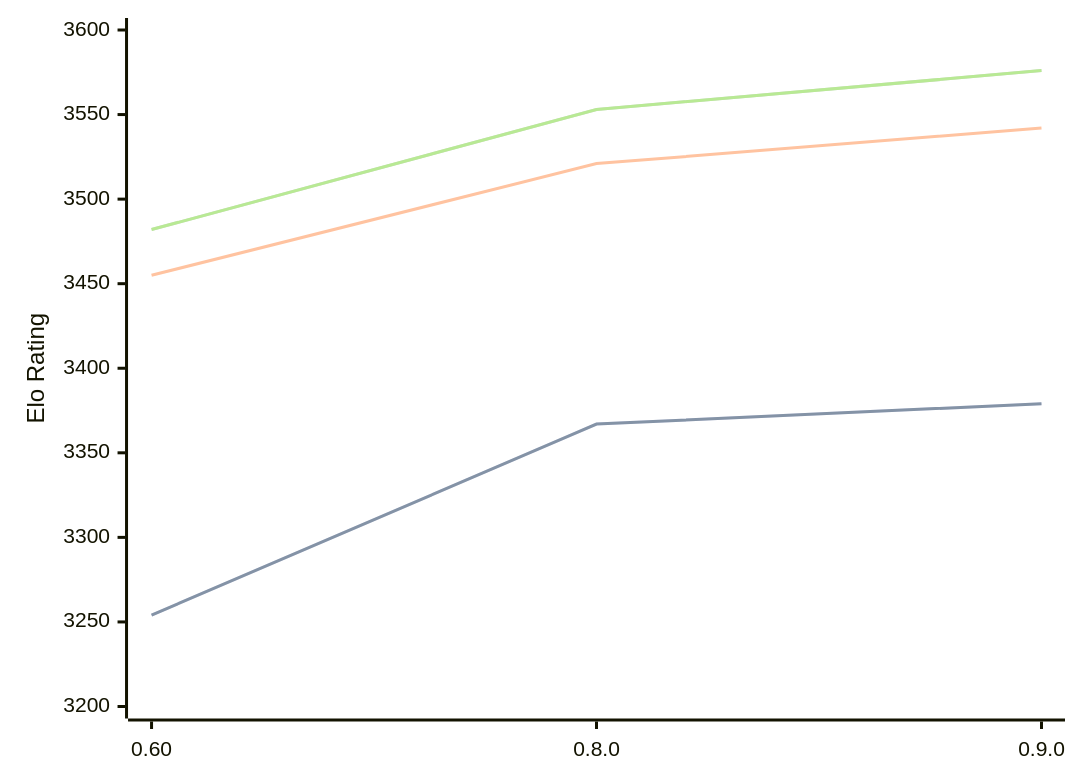
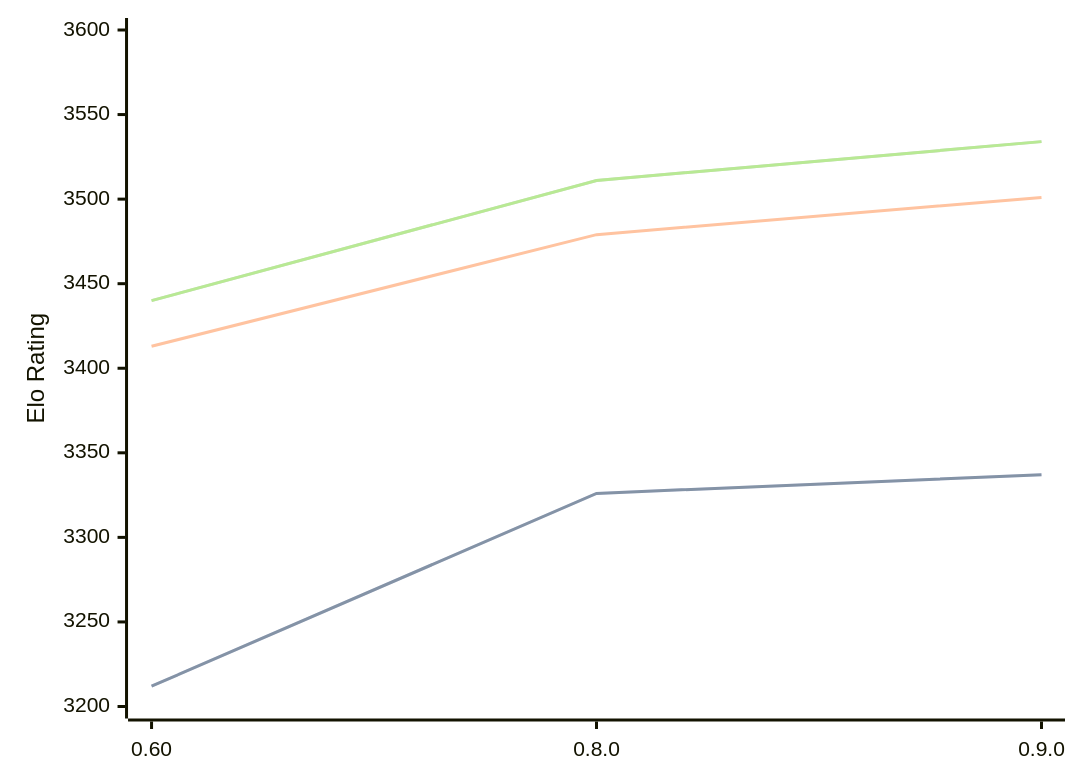
The diagram in engines/Motor.md (computer-chess-index/cci), drawn with Mermaid before and after one commit. The commit also changed other lines of this file, not shown here.

Commit message:
Update CCI Ratings (ELO VLTC) - 2026-05-19

````diff
--- a/engines/Motor.md
+++ b/engines/Motor.md
@@ -39,11 +39,11 @@
 ```mermaid
 %%{init: {"theme":"base","themeVariables":{"seriesColors:['#a3a3a3','#222221','#faa371']}}}%%
 xychart-beta
   x-axis ["0.60", "0.8.0", "0.9.0"]
   y-axis "Elo Rating" 3200 --> 3600
-  line "STC (8.0+0.08s)" [3254, 3367, 3379]
-  line "STC (8.0+0.08s)" [3254, 3367, 3379]
-  line "LTC (60.0+0.60s)" [3455, 3521, 3542]
-  line "VLTC (2m24s+1.12s)" [3482, 3553, 3576]
-  line "VLTC (2m24s+1.12s)" [3482, 3553, 3576]
+  line "STC (8.0+0.08s)" [3212, 3326, 3337]
+  line "STC (8.0+0.08s)" [3212, 3326, 3337]
+  line "LTC (60.0+0.60s)" [3413, 3479, 3501]
+  line "VLTC (2m24s+1.12s)" [3440, 3511, 3534]
+  line "VLTC (2m24s+1.12s)" [3440, 3511, 3534]
 ```
````
